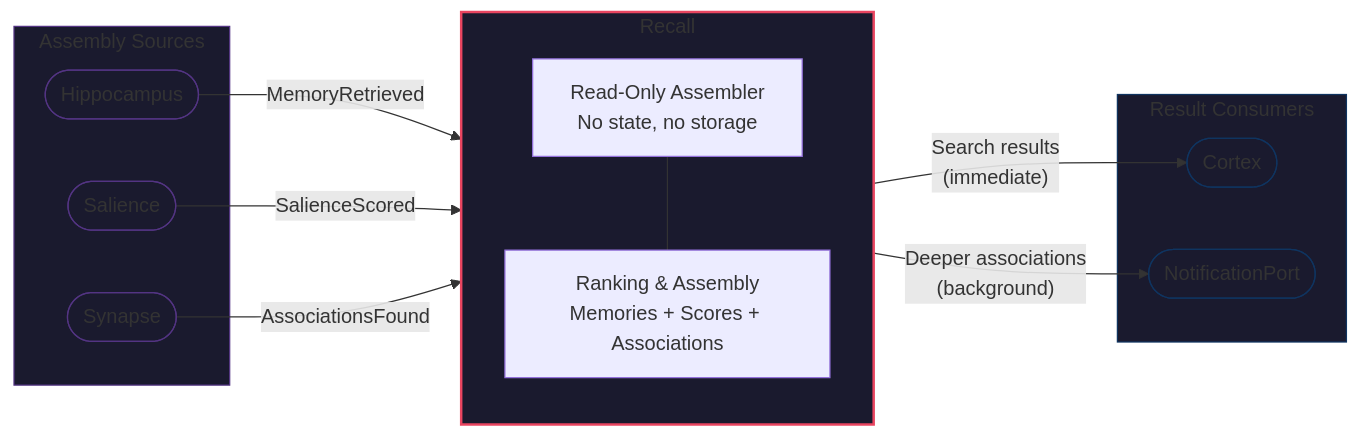
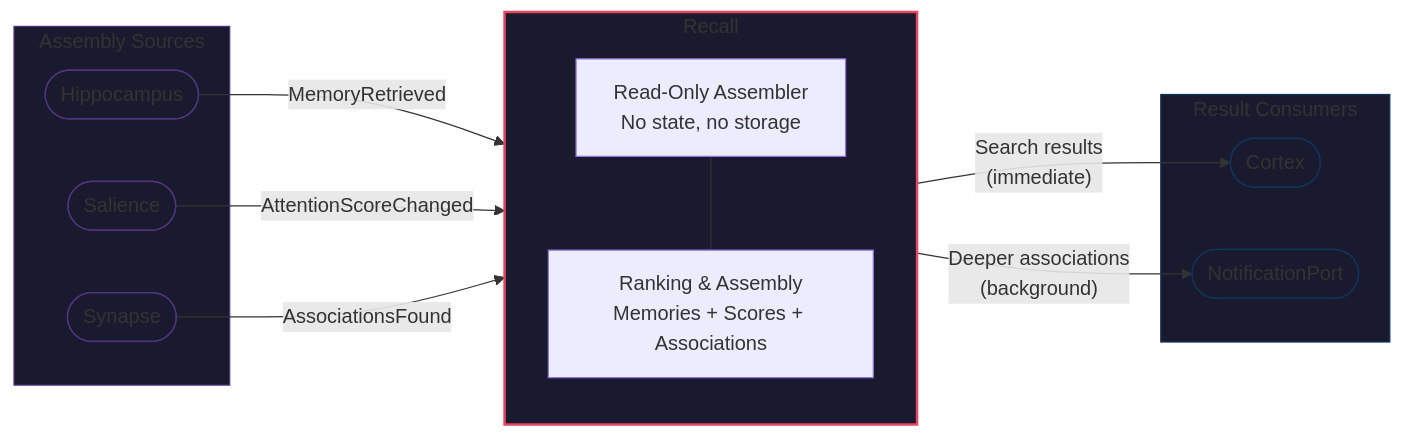
One commit to Mimis-Gildi/mcp-total-recall changed the diagram in site/_includes/diagrams/rc-0001-recall.mmd. Above: the diagram before and after it, drawn with Mermaid. The commit also changed 109 other files, not shown here.

```diff
--- a/site/_includes/diagrams/rc-0001-recall.mmd
+++ b/site/_includes/diagrams/rc-0001-recall.mmd
@@ -1,34 +1,34 @@
 graph LR
     subgraph Sources ["Assembly Sources"]
         HP(["Hippocampus"])
         SL(["Salience"])
         SY(["Synapse"])
     end
 
     subgraph RC ["Recall"]
         direction TB
         ASSY["Read-Only Assembler<br/>No state, no storage"]
         RANK["Ranking & Assembly<br/>Memories + Scores + Associations"]
         ASSY --- RANK
     end
 
     subgraph Consumers ["Result Consumers"]
         CX(["Cortex"])
         NP(["NotificationPort"])
     end
 
     HP -- "MemoryRetrieved" --> RC
-    SL -- "SalienceScored" --> RC
+    SL -- "AttentionScoreChanged" --> RC
     SY -- "AssociationsFound" --> RC
 
     RC -- "Search results<br/>(immediate)" --> CX
     RC -- "Deeper associations<br/>(background)" --> NP
 
     style Sources fill:#1a1a2e,stroke:#533483,stroke-width:1px
     style RC fill:#1a1a2e,stroke:#e94560,stroke-width:2px
     style Consumers fill:#1a1a2e,stroke:#0f3460,stroke-width:1px
     style HP fill:#1a1a2e,stroke:#533483,stroke-width:1px
     style SL fill:#1a1a2e,stroke:#533483,stroke-width:1px
     style SY fill:#1a1a2e,stroke:#533483,stroke-width:1px
     style CX fill:#1a1a2e,stroke:#0f3460,stroke-width:1px
     style NP fill:#1a1a2e,stroke:#0f3460,stroke-width:1px
```
